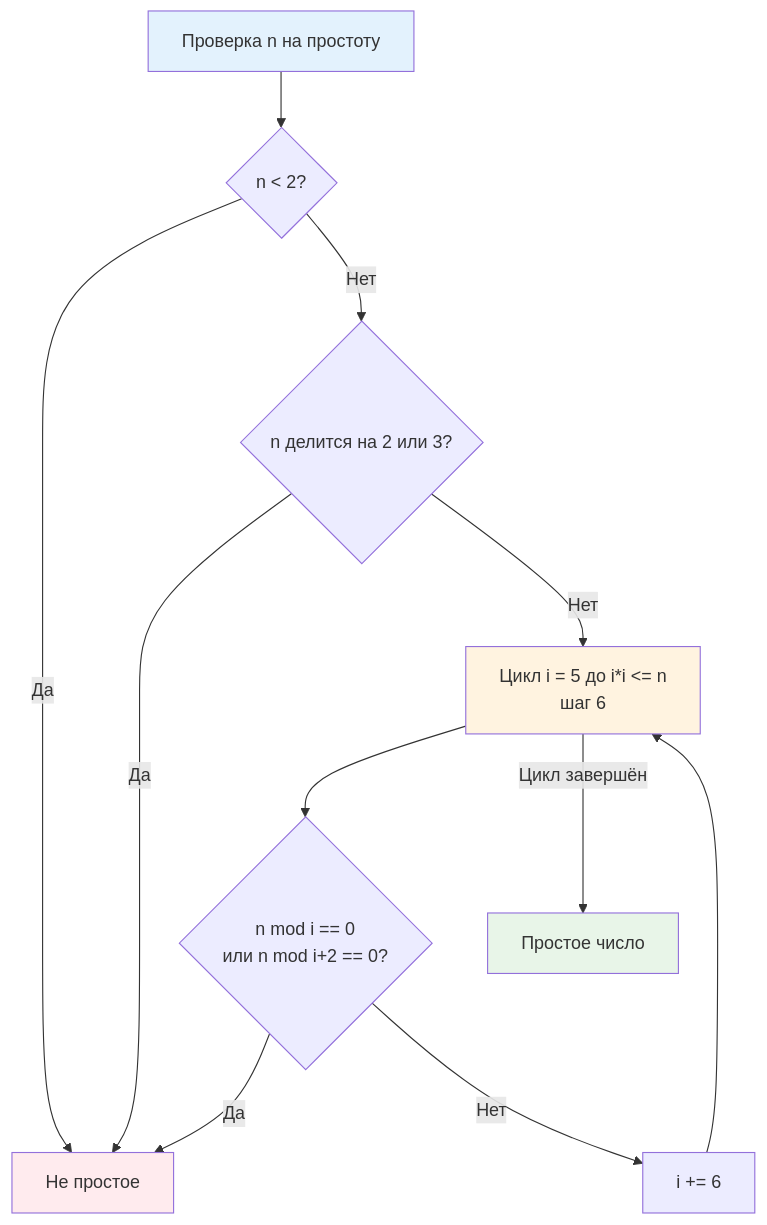
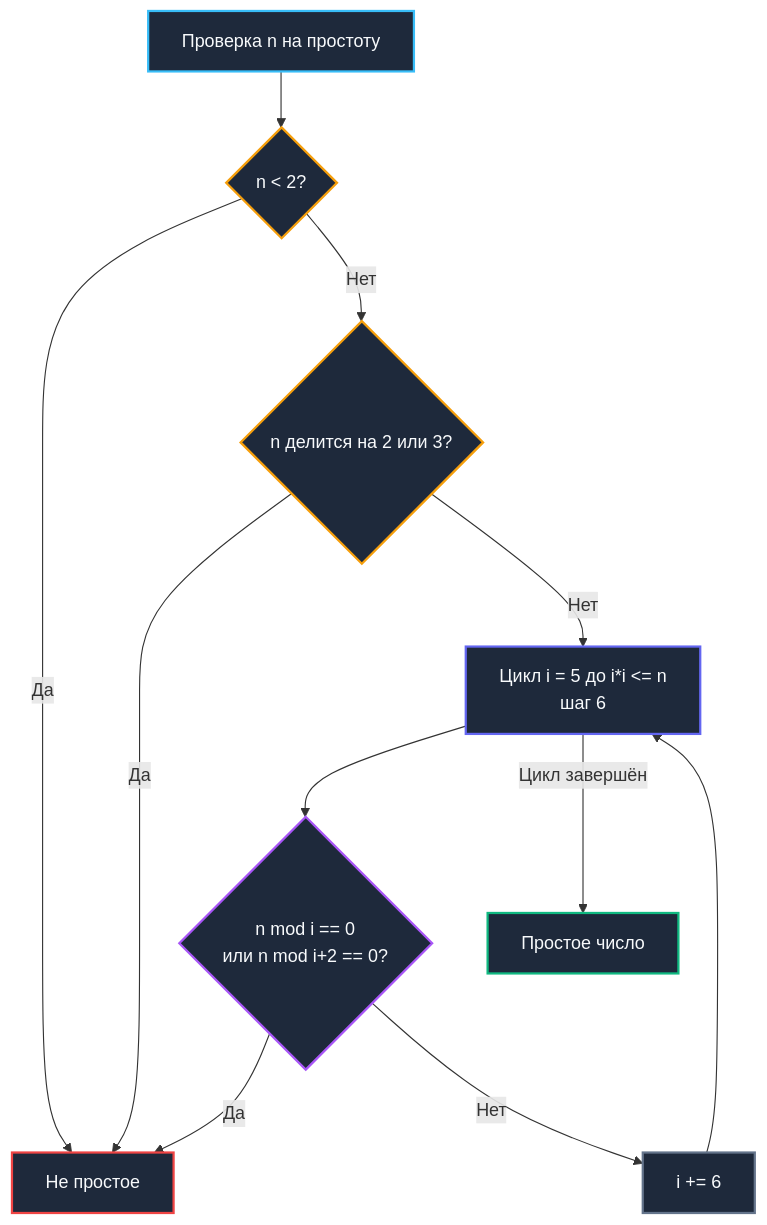
One commit to UnrealTemplier/go-textbook changed the diagram in sources/20. Алгоритмы и структуры данных (DSA) на Go/13. Численные и битовые алгоритмы/5. Простые числа и решето Эратосфена.md. Above: the diagram before and after it, drawn with Mermaid. The commit also changed other lines of this file, not shown here.

````diff
--- a/sources/20. Алгоритмы и структуры данных (DSA) на Go/13. Численные и битовые алгоритмы/5. Простые числа и решето Эратосфена.md
+++ b/sources/20. Алгоритмы и структуры данных (DSA) на Go/13. Численные и битовые алгоритмы/5. Простые числа и решето Эратосфена.md
@@ -17,18 +20,22 @@
 ```mermaid
 flowchart TD
     Start["Проверка n на простоту"] --> Small{"n < 2?"}
     Small -->|Да| NotPrime["Не простое"]
     Small -->|Нет| Trial{"n делится на 2 или 3?"}
     Trial -->|Да| NotPrime
-    Trial -->|Нет| Loop["Цикл i = 5 до i*i <= n<br>шаг 6"]
-    Loop --> Check{"n mod i == 0<br>или n mod i+2 == 0?"}
+    Trial -->|Нет| Loop["Цикл i = 5 до i*i <= n<br/>шаг 6"]
+    Loop --> Check{"n mod i == 0<br/>или n mod i+2 == 0?"}
     Check -->|Да| NotPrime
     Check -->|Нет| Inc["i += 6"]
     Inc --> Loop
     Loop -->|Цикл завершён| Prime["Простое число"]
     
-    style Start fill:#e3f2fd
-    style NotPrime fill:#ffebee
-    style Prime fill:#e8f5e8
-    style Loop fill:#fff3e0
+    style Start fill:#1e293b,stroke:#38bdf8,stroke-width:2px,color:#f8fafc
+    style Small fill:#1e293b,stroke:#f59e0b,stroke-width:2px,color:#f8fafc
+    style Trial fill:#1e293b,stroke:#f59e0b,stroke-width:2px,color:#f8fafc
+    style Loop fill:#1e293b,stroke:#6366f1,stroke-width:2px,color:#f8fafc
+    style Check fill:#1e293b,stroke:#a855f7,stroke-width:2px,color:#f8fafc
+    style Inc fill:#1e293b,stroke:#64748b,stroke-width:2px,color:#f8fafc
+    style NotPrime fill:#1e293b,stroke:#ef4444,stroke-width:2px,color:#f8fafc
+    style Prime fill:#1e293b,stroke:#10b981,stroke-width:2px,color:#f8fafc
 ```
````
